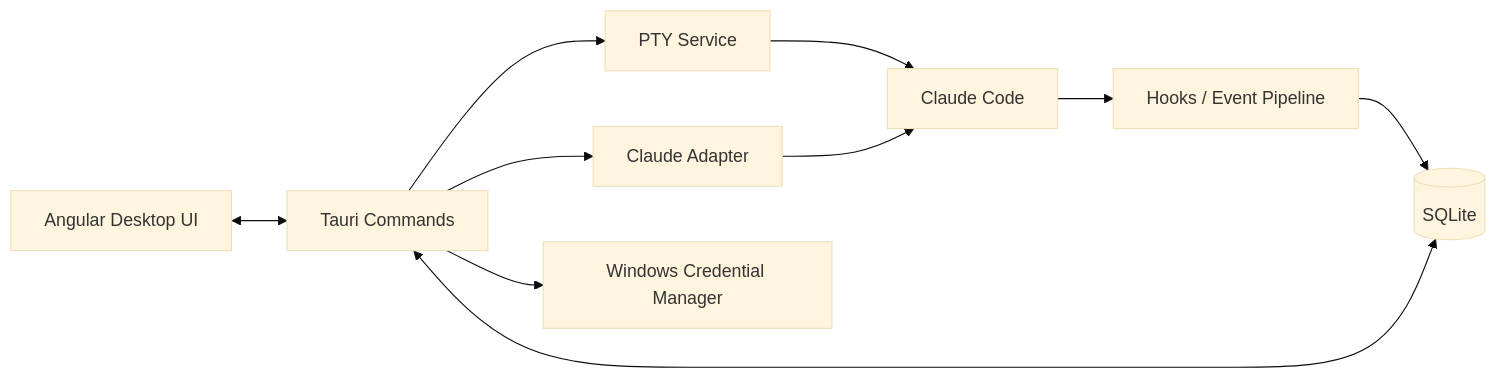
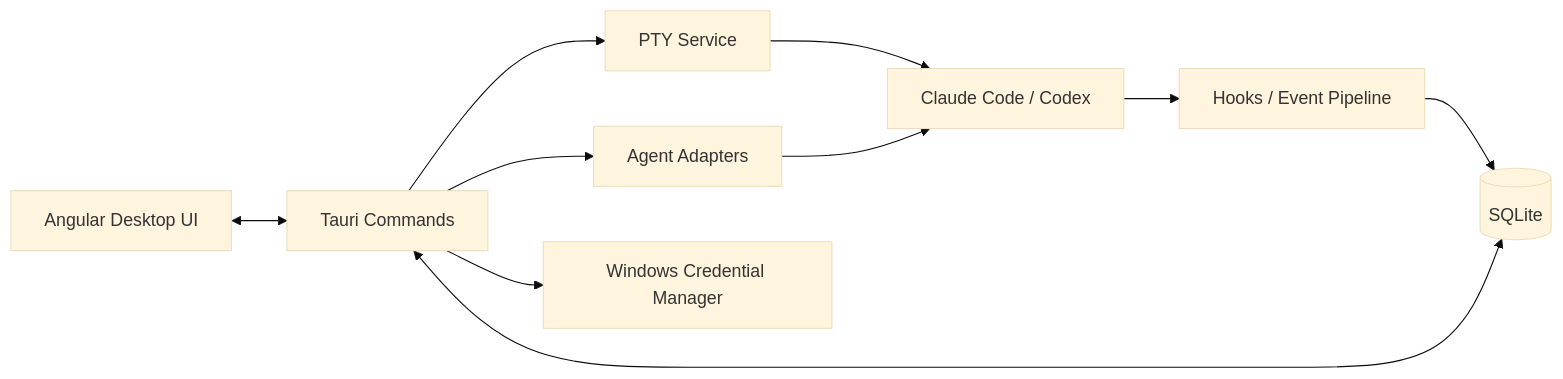
One commit to gemron/Termexo changed the diagram in README.cn.md. Above: the diagram before and after it, drawn with Mermaid (base theme). The commit also changed other lines of this file and 1 other file, not shown here.

````diff
--- a/README.cn.md
+++ b/README.cn.md
@@ -269,21 +318,21 @@
 ```mermaid
 flowchart LR
     UI["Angular Desktop UI"]
     IPC["Tauri Commands"]
     PTY["PTY Service"]
-    Adapter["Claude Adapter"]
+    Adapters["Agent Adapters"]
     Hooks["Hooks / Event Pipeline"]
     DB[("SQLite")]
     Vault["Windows Credential Manager"]
-    Claude["Claude Code"]
+    Agents["Claude Code / Codex"]
 
     UI <--> IPC
     IPC --> PTY
-    PTY --> Claude
-    IPC --> Adapter
-    Adapter --> Claude
-    Claude --> Hooks
+    PTY --> Agents
+    IPC --> Adapters
+    Adapters --> Agents
+    Agents --> Hooks
     Hooks --> DB
     IPC <--> DB
     IPC --> Vault
 ```
````
